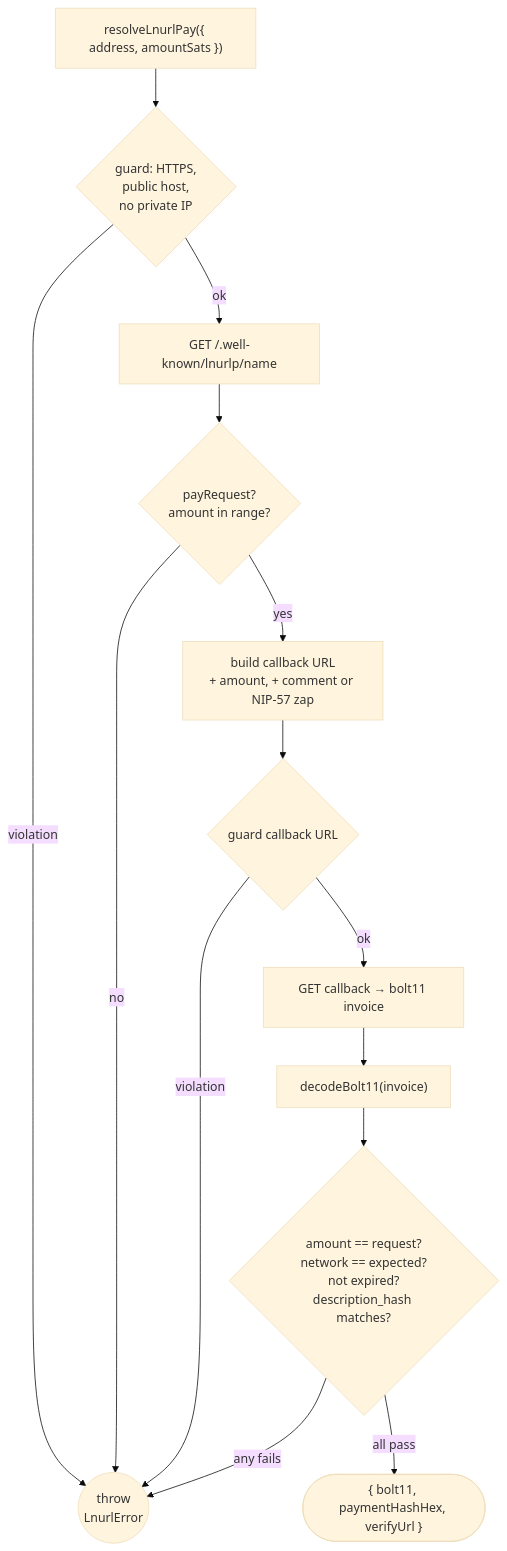
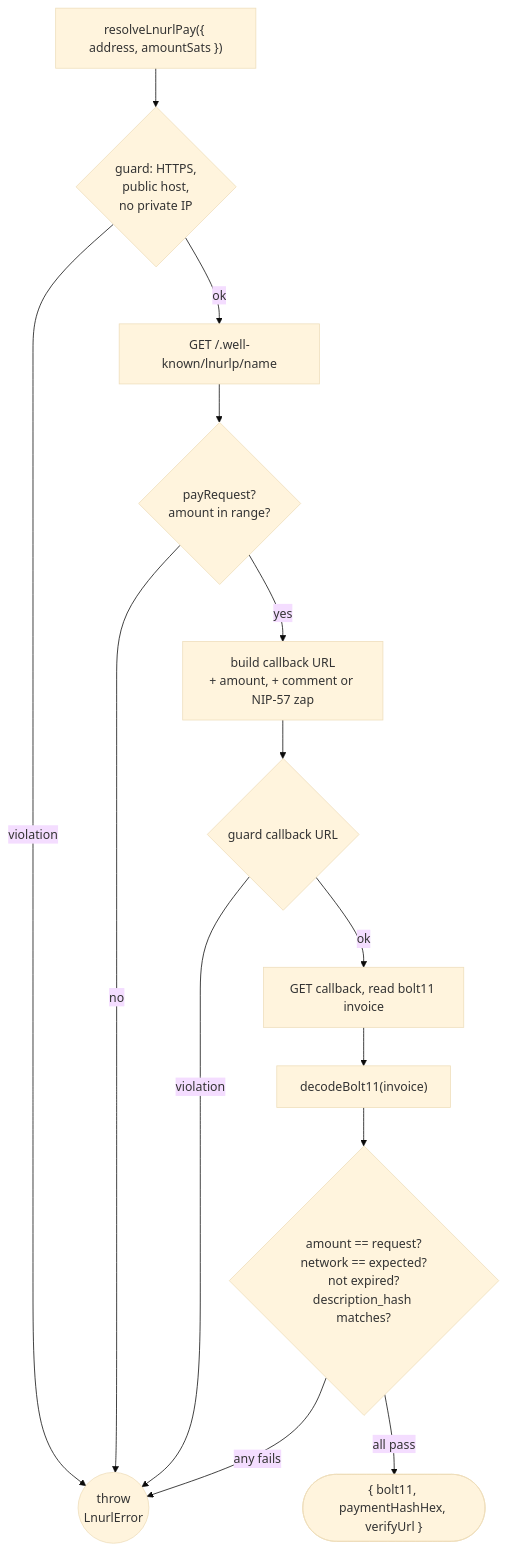
One commit to forgesworn/farrier-kit changed the first of 2 diagrams in README.md. Above: the diagram before and after it, drawn with Mermaid (base theme). The commit also changed other lines of this file and 16 other files, not shown here.

````diff
--- a/README.md
+++ b/README.md
@@ -63,16 +65,16 @@
 ```mermaid
 flowchart TD
   A["resolveLnurlPay({ address, amountSats })"] --> G1{"guard: HTTPS,<br/>public host,<br/>no private IP"}
   G1 -->|ok| M["GET /.well-known/lnurlp/name"]
   G1 -->|violation| X(("throw<br/>LnurlError"))
   M --> C{"payRequest?<br/>amount in range?"}
   C -->|no| X
   C -->|yes| B["build callback URL<br/>+ amount, + comment or NIP-57 zap"]
   B --> G2{"guard callback URL"}
   G2 -->|violation| X
-  G2 -->|ok| I["GET callback → bolt11 invoice"]
+  G2 -->|ok| I["GET callback, read bolt11 invoice"]
   I --> D["decodeBolt11(invoice)"]
   D --> V{"amount == request?<br/>network == expected?<br/>not expired?<br/>description_hash matches?"}
   V -->|any fails| X
   V -->|all pass| R(["{ bolt11, paymentHashHex, verifyUrl }"])
 ```
````
